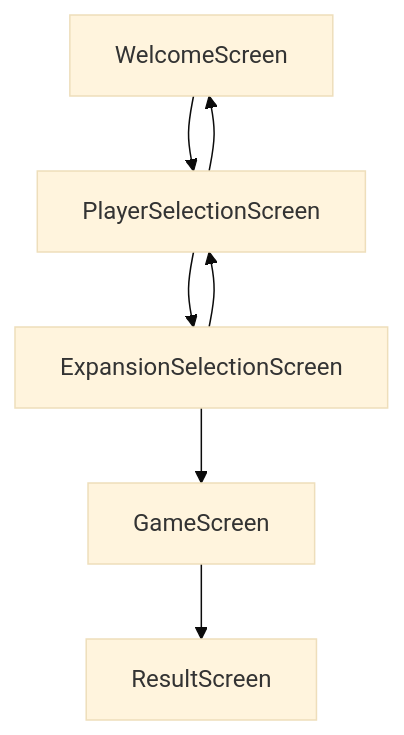
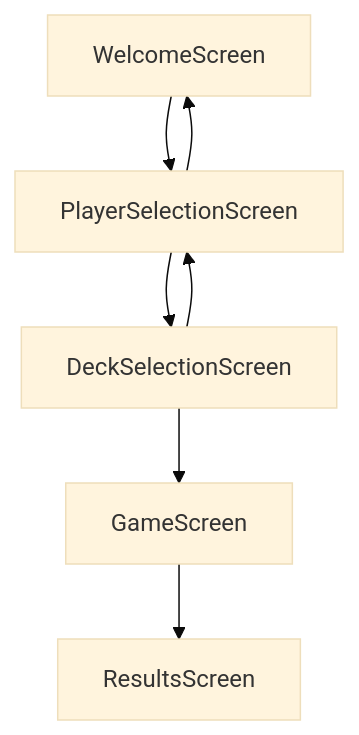
One commit to kirschkakao/Kotlin-Multiplatform-Training changed the second of 3 diagrams in docs/day2/task3.md. Above: the diagram before and after it, drawn with Mermaid (base theme). The commit also changed other lines of this file, not shown here.

Commit message:
streamline screen naming

````diff
--- a/docs/day2/task3.md
+++ b/docs/day2/task3.md
@@ -24,6 +24,6 @@
 ```mermaid
 flowchart TB
-    WelcomeScreen --> PlayerSelectionScreen --> ExpansionSelectionScreen --> GameScreen --> ResultScreen
+    WelcomeScreen --> PlayerSelectionScreen --> DeckSelectionScreen --> GameScreen --> ResultsScreen
     PlayerSelectionScreen --> WelcomeScreen
-    ExpansionSelectionScreen --> PlayerSelectionScreen
+    DeckSelectionScreen --> PlayerSelectionScreen
 ```
````
